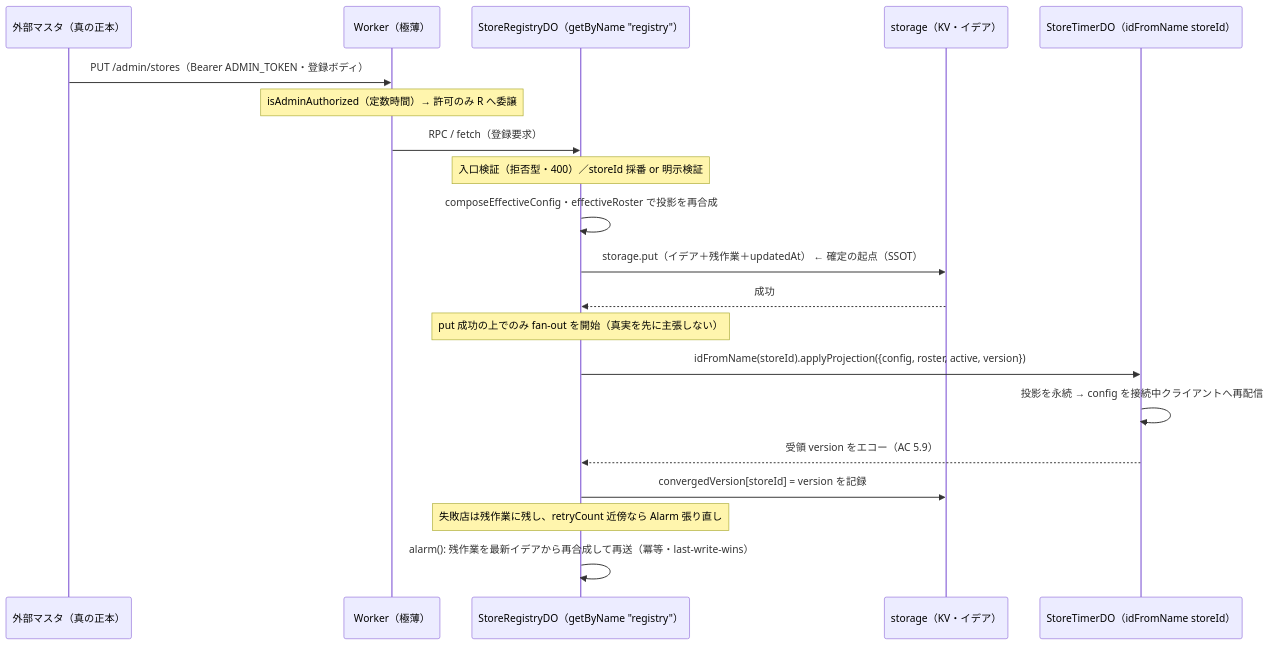
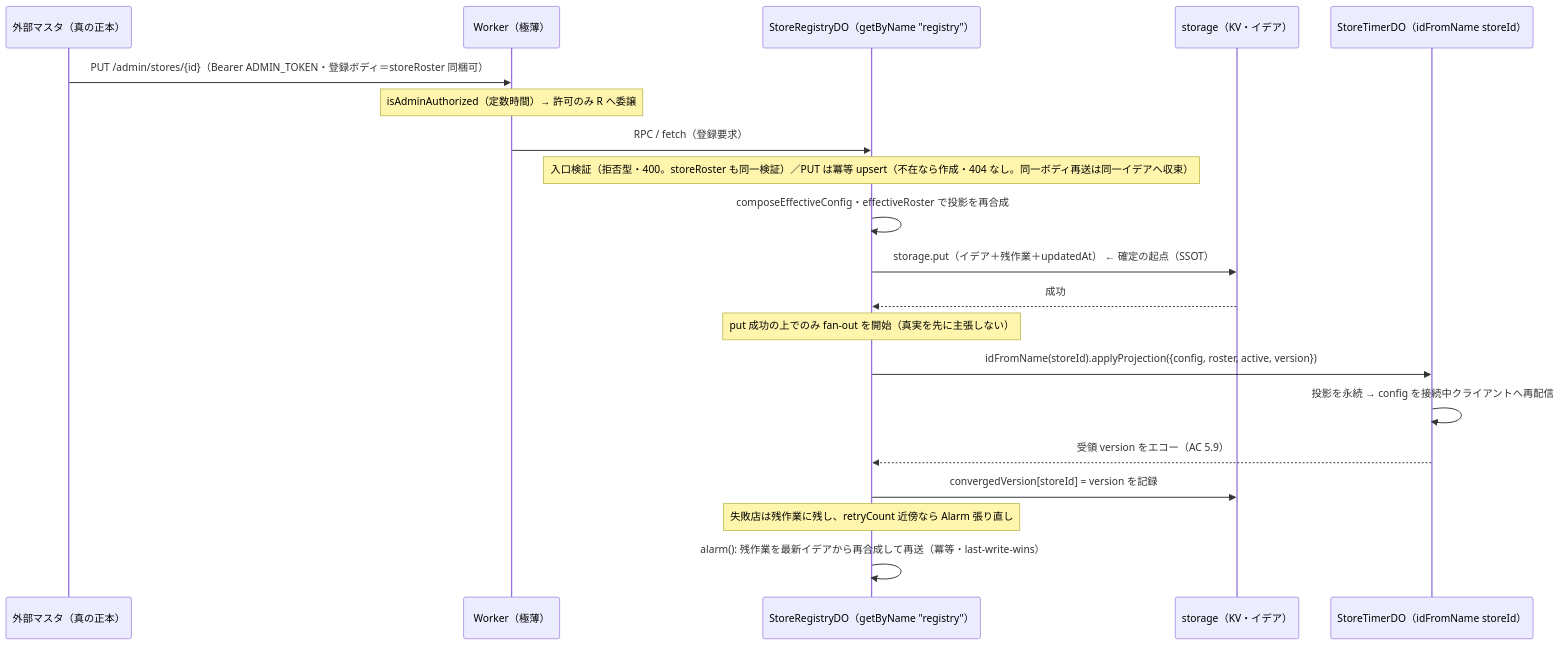
The second of 4 diagrams in .kiro/specs/per-store-provisioning/design.md (mikomokaru/durable-yudemen), drawn with Mermaid before and after one commit. The commit also changed other lines of this file and 43 other files, not shown here.

First line of the commit message:
feat(provisioning): idempotent store upsert (single & bulk) + rosters

````diff
--- a/.kiro/specs/per-store-provisioning/design.md
+++ b/.kiro/specs/per-store-provisioning/design.md
@@ -126,23 +126,23 @@
 ```mermaid
 sequenceDiagram
   participant EXT as 外部マスタ（真の正本）
   participant W as Worker（極薄）
   participant R as StoreRegistryDO（getByName "registry"）
   participant ST as storage（KV・イデア）
   participant S as StoreTimerDO（idFromName storeId）
 
-  EXT->>W: PUT /admin/stores（Bearer ADMIN_TOKEN・登録ボディ）
+  EXT->>W: PUT /admin/stores/{id}（Bearer ADMIN_TOKEN・登録ボディ＝storeRoster 同梱可）
   Note over W: isAdminAuthorized（定数時間）→ 許可のみ R へ委譲
   W->>R: RPC / fetch（登録要求）
-  Note over R: 入口検証（拒否型・400）／storeId 採番 or 明示検証
+  Note over R: 入口検証（拒否型・400。storeRoster も同一検証）／PUT は冪等 upsert（不在なら作成・404 なし。同一ボディ再送は同一イデアへ収束）
   R->>R: composeEffectiveConfig・effectiveRoster で投影を再合成
   R->>ST: storage.put（イデア＋残作業＋updatedAt）  ← 確定の起点（SSOT）
   ST-->>R: 成功
   Note over R: put 成功の上でのみ fan-out を開始（真実を先に主張しない）
   R->>S: idFromName(storeId).applyProjection({config, roster, active, version})
   S->>S: 投影を永続 → config を接続中クライアントへ再配信
   S-->>R: 受領 version をエコー（AC 5.9）
   R->>ST: convergedVersion[storeId] = version を記録
   Note over R: 失敗店は残作業に残し、retryCount 近傍なら Alarm 張り直し
   R->>R: alarm(): 残作業を最新イデアから再合成して再送（冪等・last-write-wins）
 ```
````
